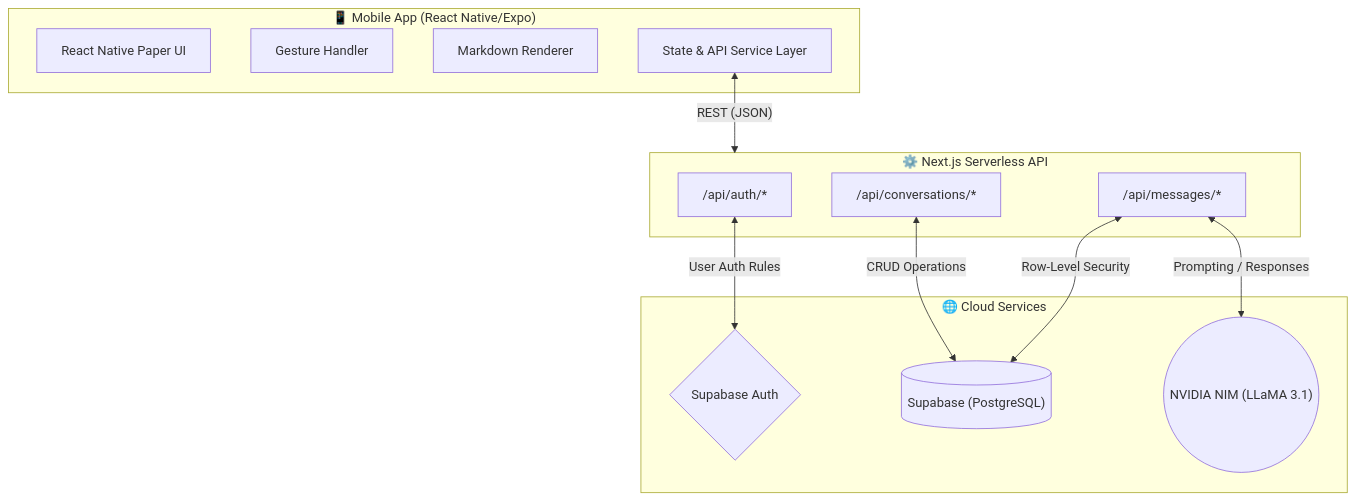
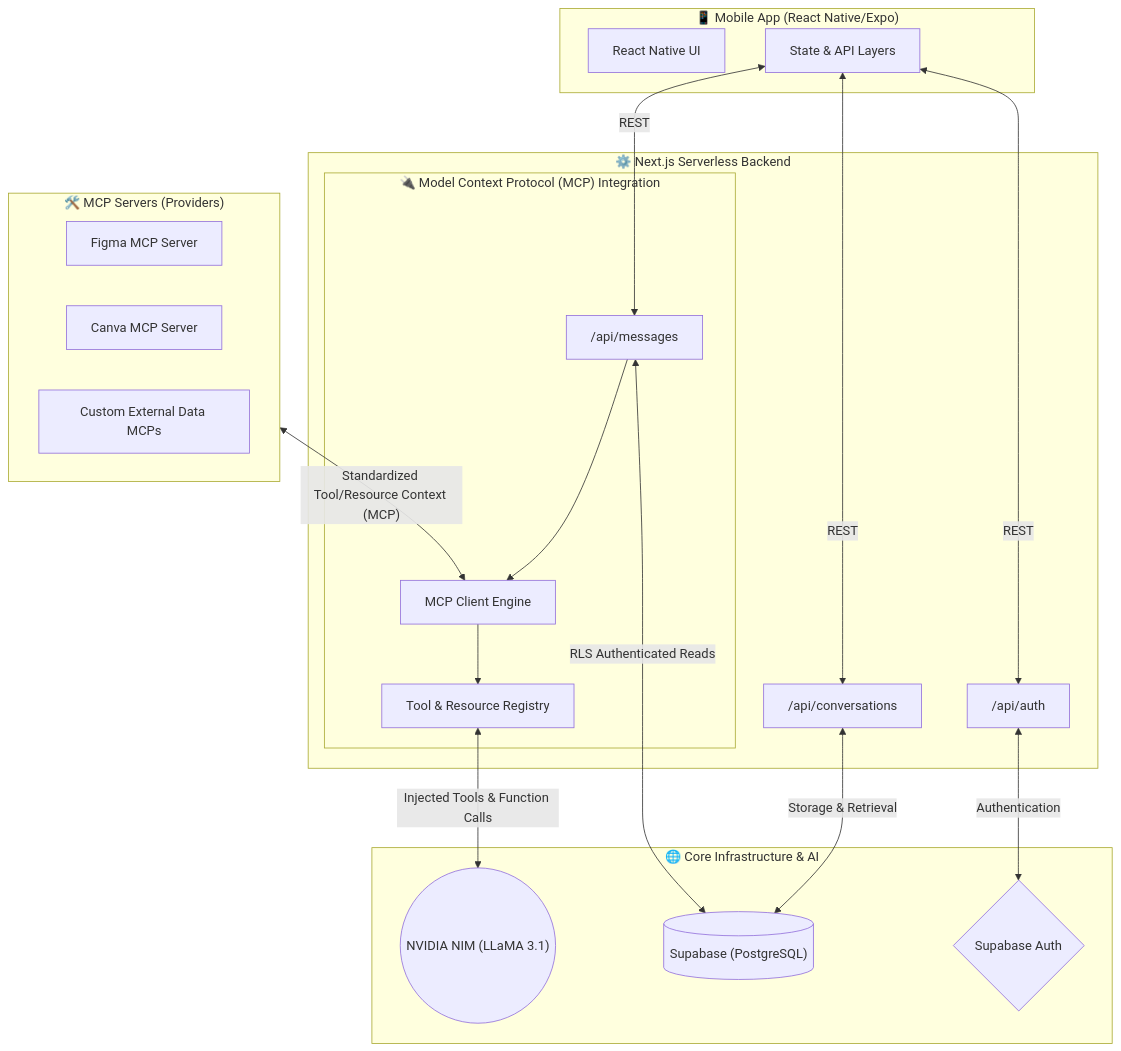
The diagram in README.md (Super-MCP-App/Super-Mcp-App), drawn with Mermaid before and after one commit. The commit also changed other lines of this file, not shown here.

Commit message:
docs: detail MCP integration in architecture diagram

````diff
--- a/README.md
+++ b/README.md
@@ -50,31 +50,50 @@
 ```mermaid
 graph TD
     %% Frontend Layer
     subgraph Mobile_Client ["📱 Mobile App (React Native/Expo)"]
-        UI["React Native Paper UI"]
-        Gestures["Gesture Handler"]
-        MD["Markdown Renderer"]
-        State["State & API Service Layer"]
+        UI["React Native UI"]
+        State["State & API Layers"]
     end
 
-    %% Backend Layer
-    subgraph API_Gateway ["⚙️ Next.js Serverless API"]
-        AuthAPI["/api/auth/*"]
-        ChatAPI["/api/conversations/*"]
-        MessageAPI["/api/messages/*"]
+    %% Backend Layer (Next.js API)
+    subgraph API_Gateway ["⚙️ Next.js Serverless Backend"]
+        AuthAPI["/api/auth"]
+        ChatAPI["/api/conversations"]
+        
+        subgraph MCP_Architecture ["🔌 Model Context Protocol (MCP) Integration"]
+            MessageAPI["/api/messages"]
+            MCPClient["MCP Client Engine"]
+            Tools["Tool & Resource Registry"]
+        end
     end
 
-    %% External Services Layer
-    subgraph External_Services ["🌐 Cloud Services"]
+    %% External Infrastructure
+    subgraph External_Services ["🌐 Core Infrastructure & AI"]
         SupaDB[("Supabase (PostgreSQL)")]
         SupaAuth{"Supabase Auth"}
         Nvidia(("NVIDIA NIM (LLaMA 3.1)"))
     end
 
-    %% Connections
-    State <--> |"REST (JSON)"| API_Gateway
-    AuthAPI <--> |"User Auth Rules"| SupaAuth
-    ChatAPI <--> |"CRUD Operations"| SupaDB
-    MessageAPI <--> |"Row-Level Security"| SupaDB
-    MessageAPI <--> |"Prompting / Responses"| Nvidia
+    %% MCP Providers Layer
+    subgraph MCP_Providers ["🛠️ MCP Servers (Providers)"]
+        FigmaMCP["Figma MCP Server"]
+        CanvaMCP["Canva MCP Server"]
+        CustomMCP["Custom External Data MCPs"]
+    end
+
+    %% Mobile to API Routing
+    State <--> |"REST"| AuthAPI
+    State <--> |"REST"| ChatAPI
+    State <--> |"REST"| MessageAPI
+
+    %% Backend to Infra Routing
+    AuthAPI <--> |"Authentication"| SupaAuth
+    ChatAPI <--> |"Storage & Retrieval"| SupaDB
+    MessageAPI <--> |"RLS Authenticated Reads"| SupaDB
+    
+    %% The MCP Flow Model
+    MessageAPI --> MCPClient
+    MCP_Providers <--> |"Standardized Tool/Resource Context (MCP)"| MCPClient
+    MCPClient --> Tools
+    Tools <--> |"Injected Tools & Function Calls"| Nvidia
 ```
````
